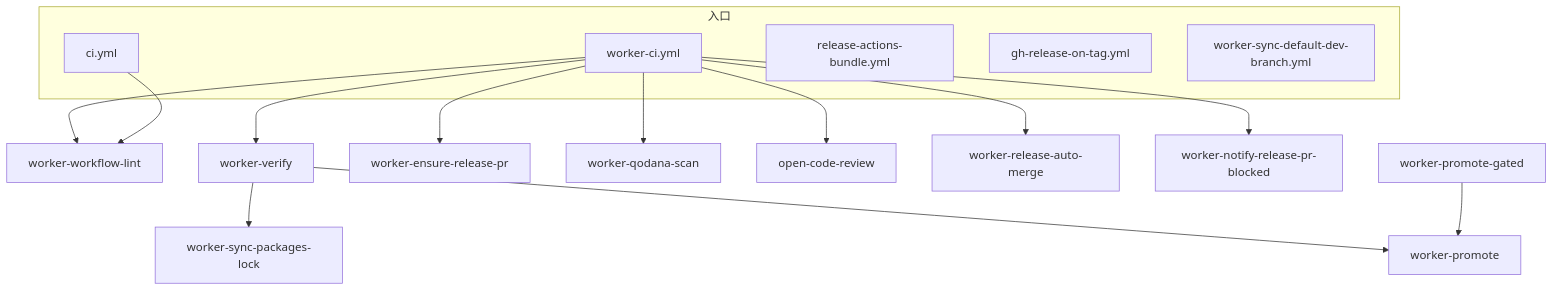
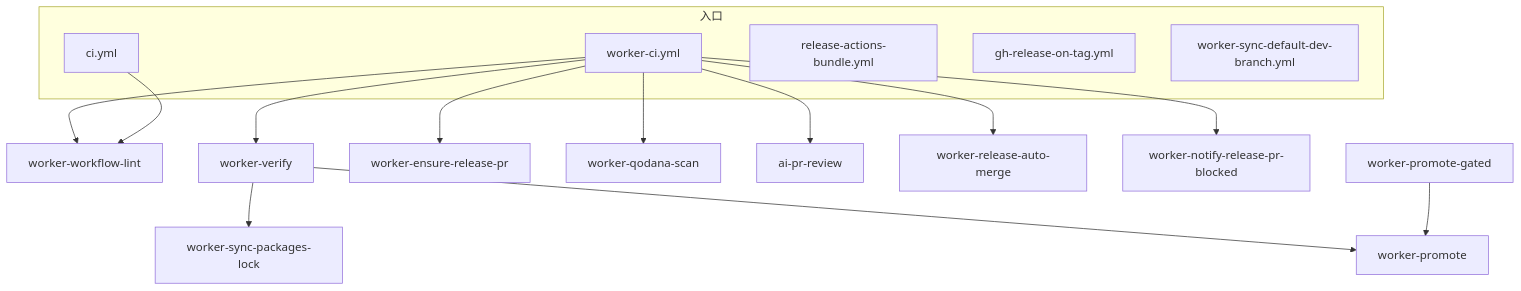
Before and after one commit to workers-world/worker-actions: the first of 18 diagrams in docs/actions-workflows.md, drawn with Mermaid. The commit also changed other lines of this file and 33 other files, not shown here.

First line of the commit message:
Deprecate OCR; add self-hosted AI PR review MVP

````diff
--- a/docs/actions-workflows.md
+++ b/docs/actions-workflows.md
@@ -42,25 +42,25 @@
 ```mermaid
 flowchart TB
   subgraph entry [入口]
     WCI[worker-ci.yml]
     CI[ci.yml]
     REL[release-actions-bundle.yml]
     GHR[gh-release-on-tag.yml]
     SYNC[worker-sync-default-dev-branch.yml]
   end
 
   WCI --> WL[worker-workflow-lint]
   WCI --> WV[worker-verify]
   WCI --> ERP[worker-ensure-release-pr]
   WCI --> QOD[worker-qodana-scan]
-  WCI --> OCR[open-code-review]
+  WCI --> AIR[ai-pr-review]
   WCI --> RAM[worker-release-auto-merge]
   WCI --> NTF[worker-notify-release-pr-blocked]
 
   CI --> WL
 
   WV --> SPL[worker-sync-packages-lock]
   WV --> PROM[worker-promote]
 
   PG[worker-promote-gated] --> PROM
 ```
````
